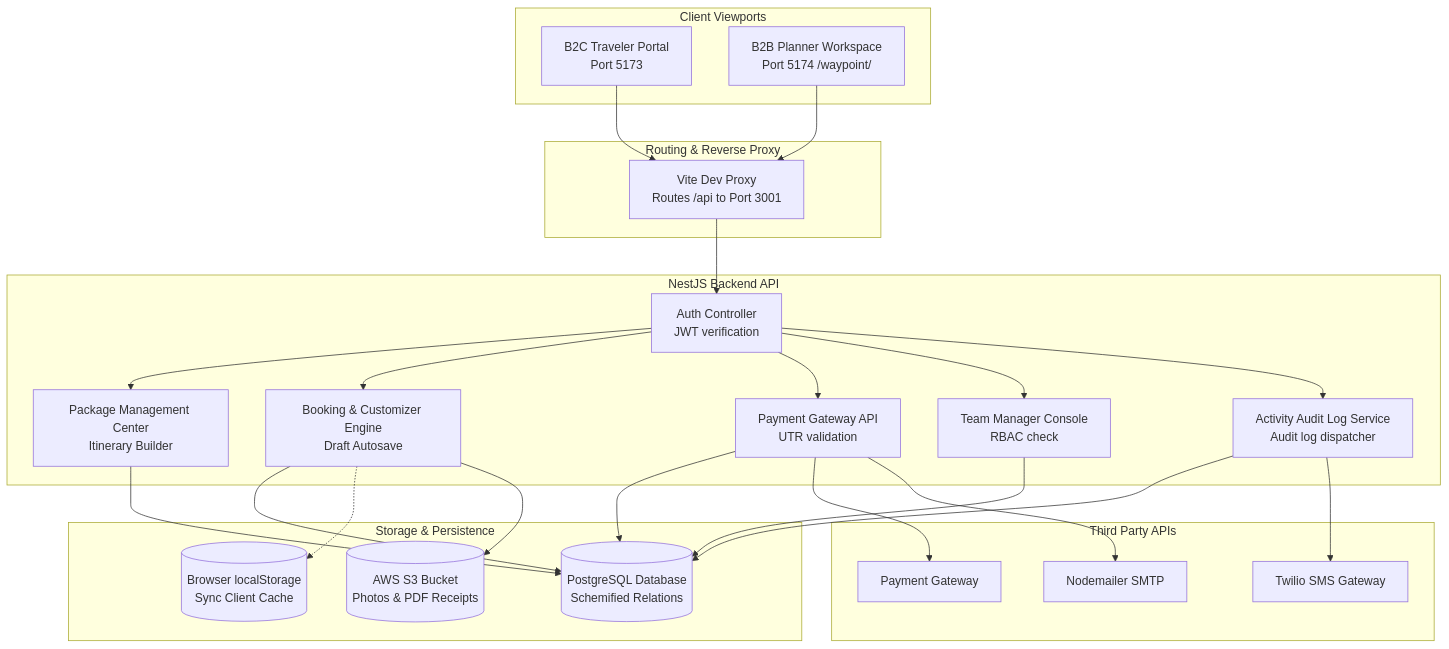
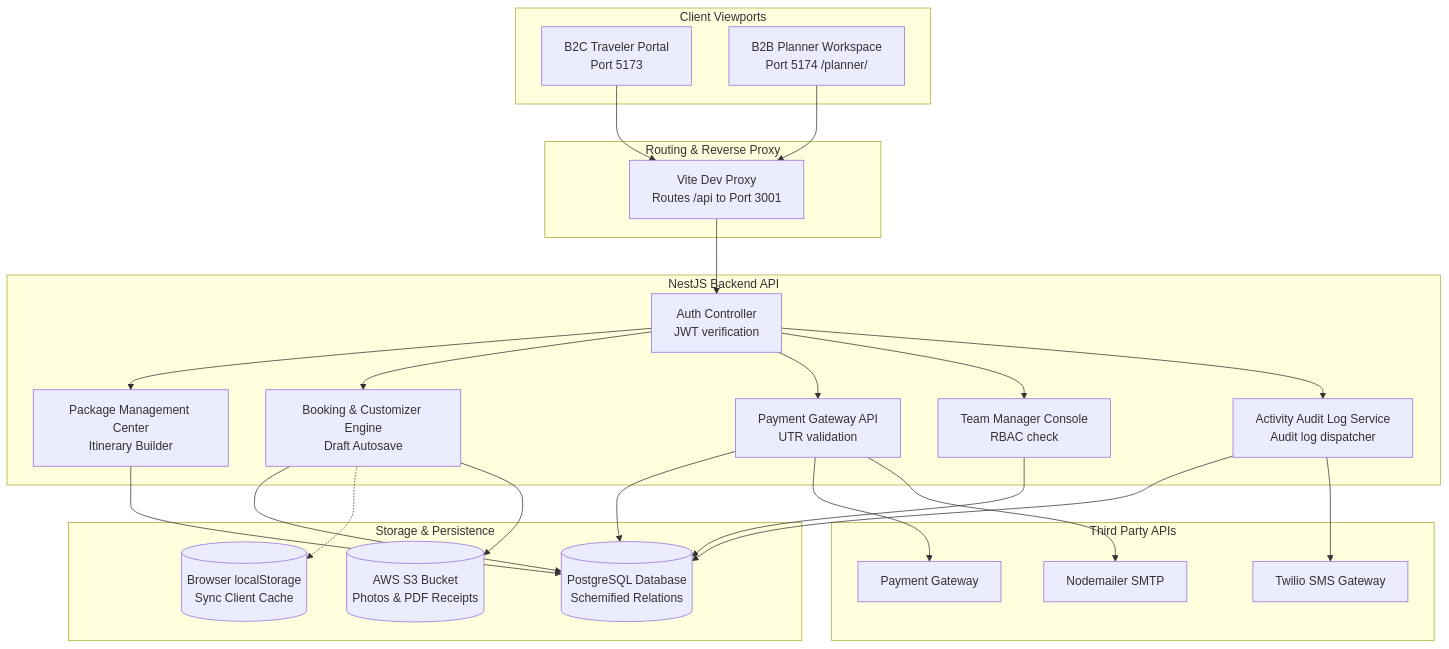
The first of 5 diagrams in README.md (sawantyash07/Beacon), drawn with Mermaid before and after one commit. The commit also changed other lines of this file and 188 other files, not shown here.

````diff
--- a/README.md
+++ b/README.md
@@ -161,54 +161,54 @@
 ```mermaid
 flowchart TB
     subgraph ClientLayer [Client Viewports]
         B2C[B2C Traveler Portal\nPort 5173]
-        B2B[B2B Planner Workspace\nPort 5174 /waypoint/]
+        B2B[B2B Planner Workspace\nPort 5174 /planner/]
     end
 
     subgraph GatewayLayer [Routing & Reverse Proxy]
         Proxy[Vite Dev Proxy\nRoutes /api to Port 3001]
     end
 
     subgraph ApiLayer [NestJS Backend API]
         AuthCtrl[Auth Controller\nJWT verification]
         PkgCtrl[Package Management Center\nItinerary Builder]
         BookCtrl[Booking & Customizer Engine\nDraft Autosave]
         PayCtrl[Payment Gateway API\nUTR validation]
         TeamCtrl[Team Manager Console\nRBAC check]
         AuditCtrl[Activity Audit Log Service\nAudit log dispatcher]
     end
 
     subgraph DataLayer [Storage & Persistence]
         DB[(PostgreSQL Database\nSchemified Relations)]
         S3[(AWS S3 Bucket\nPhotos & PDF Receipts)]
         Local[(Browser localStorage\nSync Client Cache)]
     end
 
     subgraph ExternalServices [Third Party APIs]
         SMS[Twilio SMS Gateway]
         Mail[Nodemailer SMTP]
         Razor[Payment Gateway]
     end
 
     %% Flow lines
     B2C --> Proxy
     B2B --> Proxy
     Proxy --> AuthCtrl
     AuthCtrl --> PkgCtrl
     AuthCtrl --> BookCtrl
     AuthCtrl --> PayCtrl
     AuthCtrl --> TeamCtrl
     AuthCtrl --> AuditCtrl
 
     PkgCtrl --> DB
     BookCtrl --> DB
     BookCtrl -.-> Local
     PayCtrl --> DB
     PayCtrl --> Razor
     TeamCtrl --> DB
     AuditCtrl --> DB
 
     BookCtrl --> S3
     PayCtrl --> Mail
     AuditCtrl --> SMS
 ```
````
